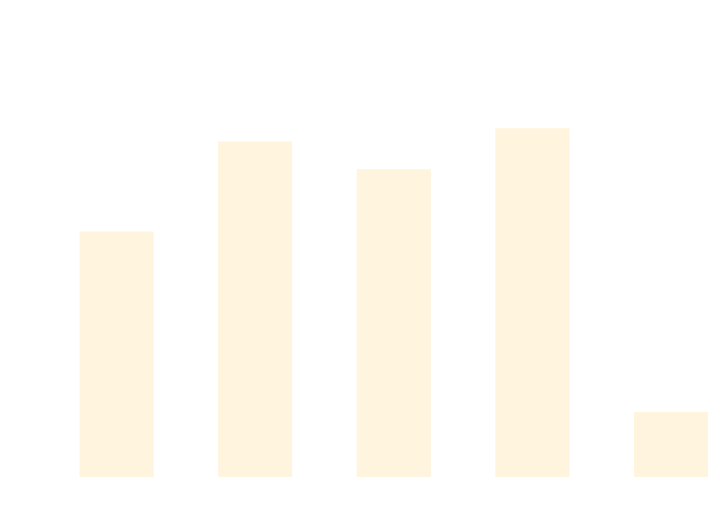
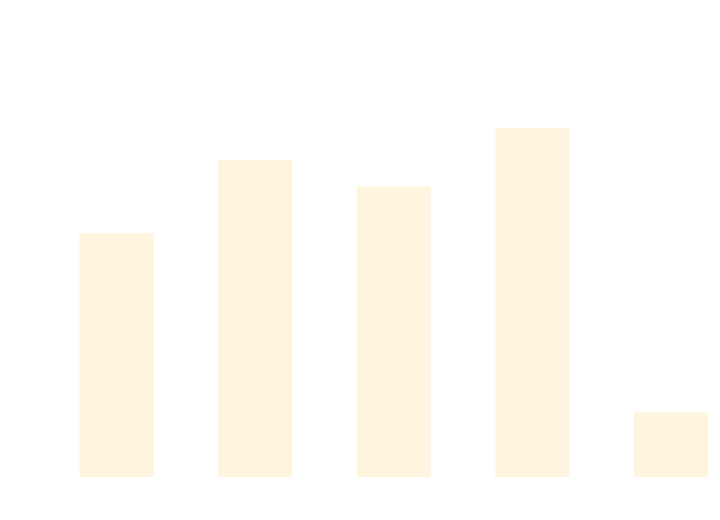
Before and after one commit to thomhurst/TUnit: the diagram in docs/docs/benchmarks/AsyncTests.md, drawn with Mermaid. The commit also changed other lines of this file and 17 other files, not shown here.

````diff
--- a/docs/docs/benchmarks/AsyncTests.md
+++ b/docs/docs/benchmarks/AsyncTests.md
@@ -27,37 +27,37 @@
 ```mermaid
 %%{init: {
   'theme':'base',
   'themeVariables': {
     'primaryColor': '#2563eb',
     'primaryTextColor': '#ffffff',
     'primaryBorderColor': '#1e40af',
     'lineColor': '#6b7280',
     'secondaryColor': '#7c3aed',
     'tertiaryColor': '#dc2626',
     'background': '#ffffff',
     'mainBkg': '#2563eb',
     'secondBkg': '#7c3aed',
     'tertiaryBkg': '#dc2626',
     'clusterBkg': '#f3f4f6',
     'edgeLabelBackground': '#ffffff',
     'tertiaryTextColor': '#1f2937',
     'pie1': '#2563eb',
     'pie2': '#7c3aed',
     'pie3': '#dc2626',
     'pie4': '#f59e0b',
     'pie5': '#10b981',
     'pie6': '#06b6d4',
     'pie7': '#ec4899',
     'pie8': '#6366f1',
     'pie9': '#84cc16',
     'pie10': '#f97316',
     'pie11': '#14b8a6',
     'pie12': '#a855f7'
   }
 }}%%
 xychart-beta
   title "AsyncTests Performance Comparison"
   x-axis ["TUnit", "NUnit", "MSTest", "xUnit3", "TUnit_AOT"]
-  y-axis "Time (ms)" 0 --> 874
-  bar [507.4, 699.9, 640.5, 728.2, 121.7]
+  y-axis "Time (ms)" 0 --> 890
+  bar [513.1, 672.5, 614.4, 741.6, 122.8]
 ```
````
